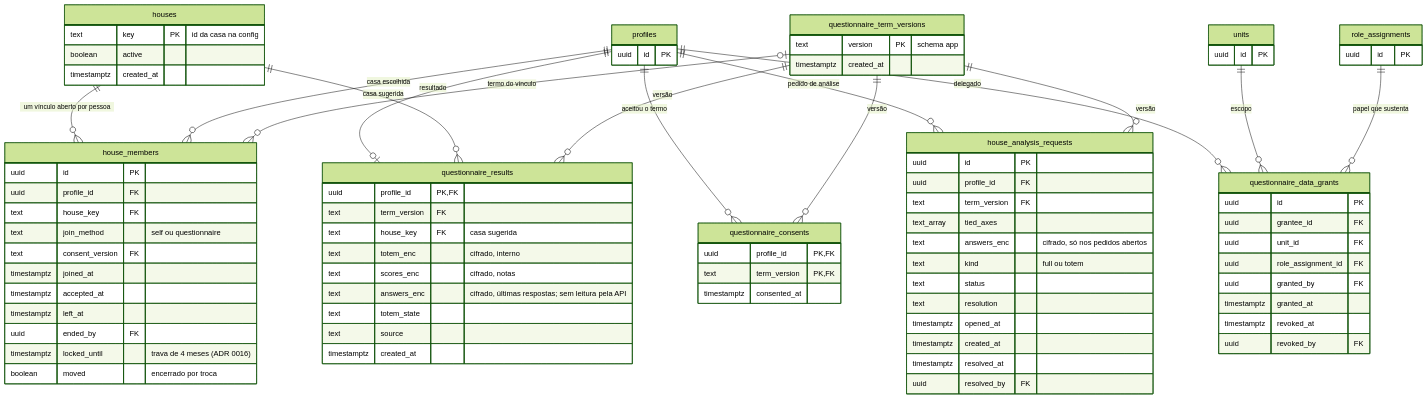
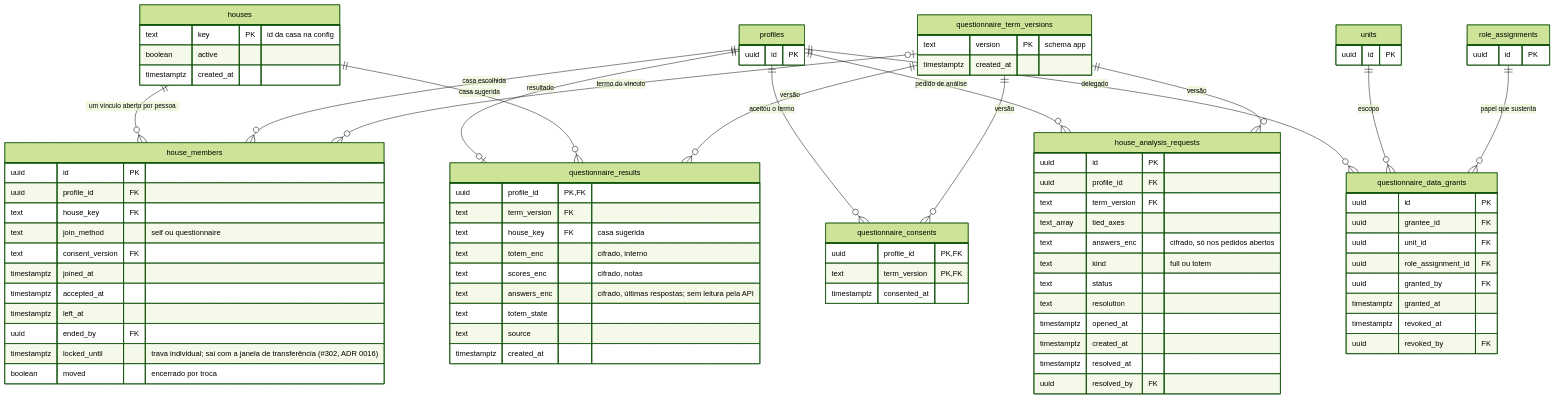
Before and after one commit to felipemaion/Complexo42: the seventh of 9 diagrams in docs/DIAGRAMAS.md, drawn with Mermaid (forest theme). The commit also changed 3 other files, not shown here.

Commit message:
docs: ajustes da revisão do #310 (janela de transferência no lugar da trava, dados novos no MODELO_DADOS, nome completo)

```diff
--- a/docs/DIAGRAMAS.md
+++ b/docs/DIAGRAMAS.md
@@ -314,7 +314,7 @@
         timestamptz accepted_at
         timestamptz left_at
         uuid ended_by FK
-        timestamptz locked_until "trava de 4 meses (ADR 0016)"
+        timestamptz locked_until "trava individual; sai com a janela de transferência (#302, ADR 0016)"
         boolean moved "encerrado por troca"
     }
     questionnaire_term_versions {
```
